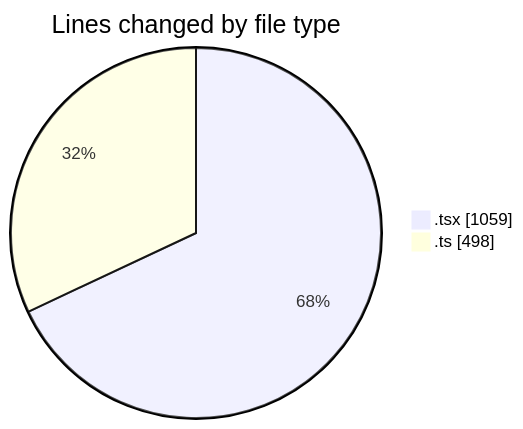
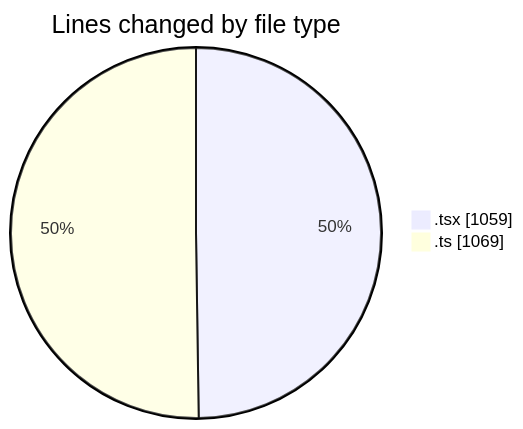
One commit to nxtqubesakshisongat/code-tracking changed the first of 2 diagrams in 2026-02-20/nxtqube_webapp/README.md. Above: the diagram before and after it, drawn with Mermaid. The commit also changed other lines of this file and 1 other file, not shown here.

````diff
--- a/2026-02-20/nxtqube_webapp/README.md
+++ b/2026-02-20/nxtqube_webapp/README.md
@@ -25,6 +27,6 @@
 ```mermaid
 pie showData
 title Lines changed by file type
 ".tsx" : 1059
-".ts" : 498
+".ts" : 1069
 ```
````
